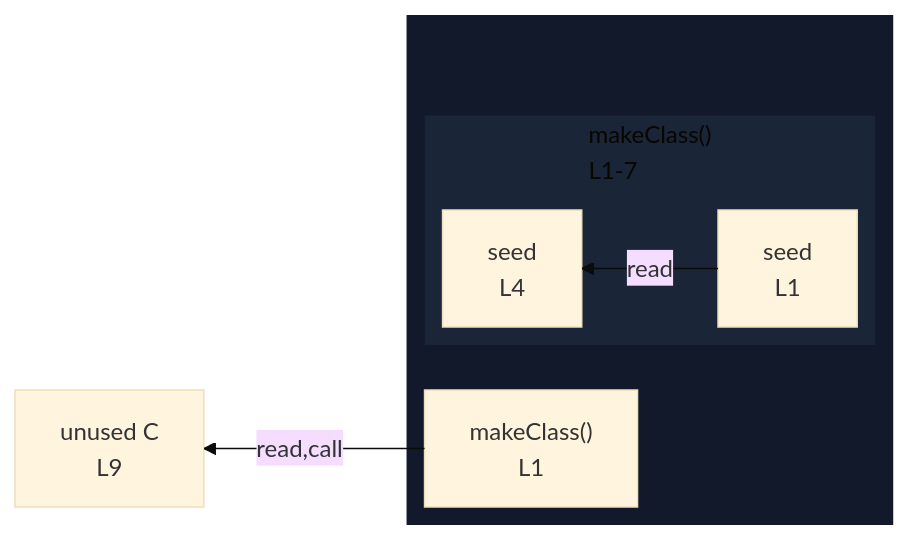
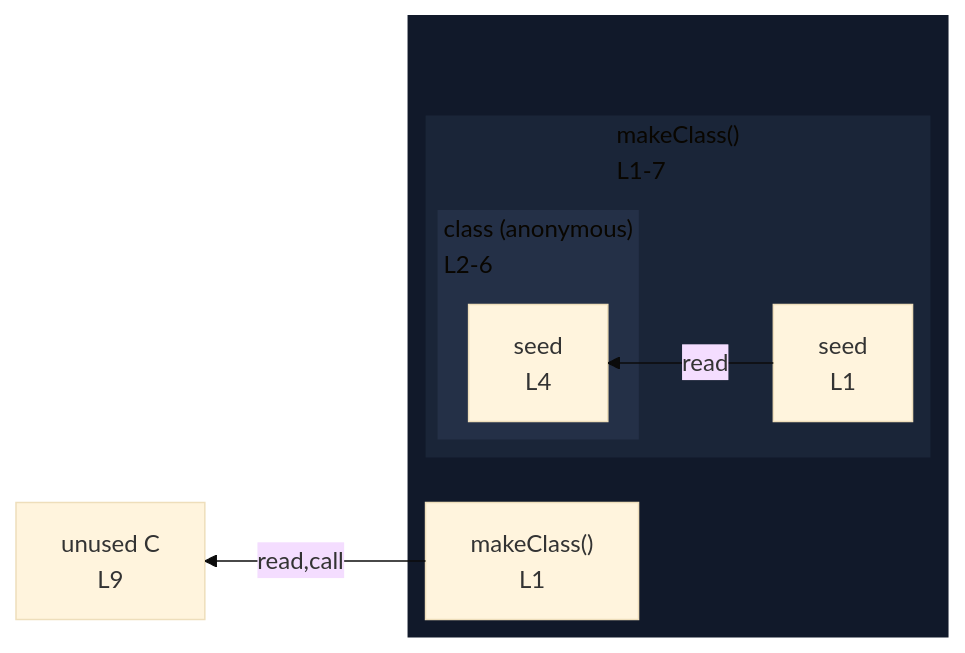
The diagram in integration/fixtures/class/expression/static-block-in-return/preview.md (crescware/unsnarl), drawn with Mermaid (base theme) before and after one commit. The commit also changed 103 other files, not shown here.

````diff
--- a/integration/fixtures/class/expression/static-block-in-return/preview.md
+++ b/integration/fixtures/class/expression/static-block-in-return/preview.md
@@ -19,20 +19,25 @@
 ```mermaid
 %%{init: {"flowchart": {"defaultRenderer": "elk"}}}%%
 flowchart RL
   n_scope_0_C_97["unused C<br/>L9"]
   subgraph wrap_s_scope_1[" "]
     direction TB
     n_scope_0_makeClass_9["makeClass()<br/>L1"]
     subgraph s_scope_1["makeClass()<br/>L1-7"]
       direction RL
       n_scope_1_seed_19["seed<br/>L1"]
-      expr_stmt_71["seed<br/>L4"]
+      subgraph s_scope_2["class (anonymous)<br/>L2-6"]
+        direction RL
+        expr_stmt_71["seed<br/>L4"]
+      end
     end
   end
   n_scope_1_seed_19 -->|read| expr_stmt_71
   n_scope_0_makeClass_9 -->|read,call| n_scope_0_C_97
   classDef nestL1 fill:#11192a,stroke:transparent;
   class wrap_s_scope_1 nestL1;
   classDef nestL2 fill:#1a2538,stroke:transparent;
   class s_scope_1 nestL2;
+  classDef nestL3 fill:#243047,stroke:transparent;
+  class s_scope_2 nestL3;
 ```
````
